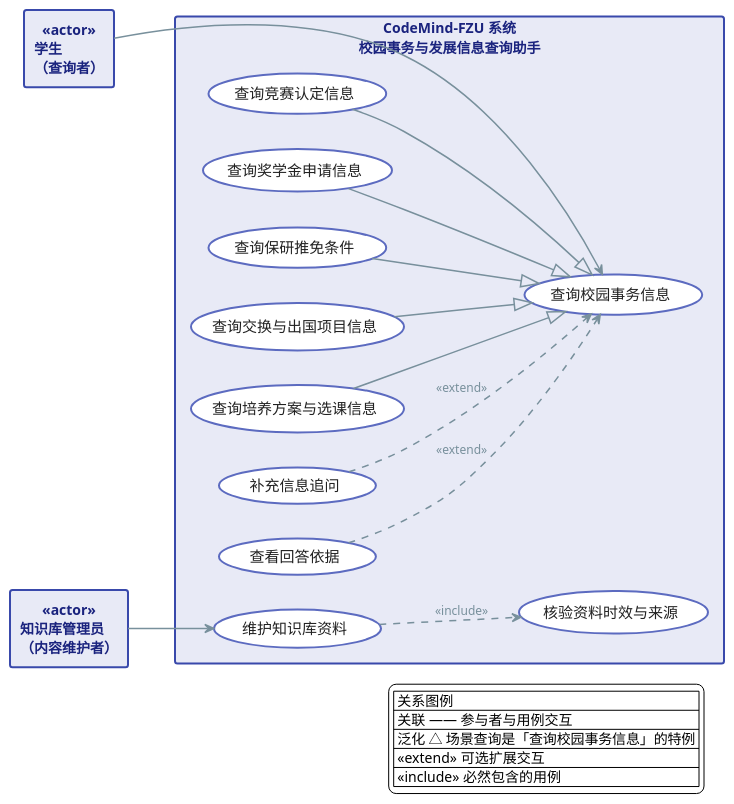
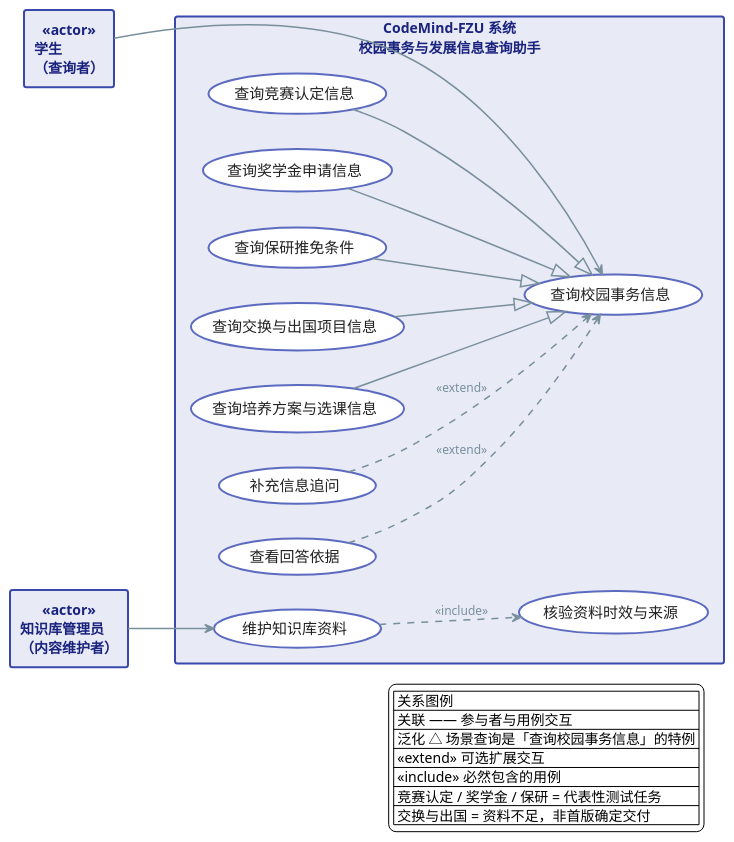
The diagram in docs/assignment-02/system-design/diagrams/uml/use-case/系统用例图_颜俊宇_v3.puml (yz-Yezi-Genm/CodeMind-FZU), drawn with PlantUML before and after one commit. The commit also changed 4 other files, not shown here.

First line of the commit message:
docs: 按审核意见修订 UML 用例设计（颜俊宇）

```diff
--- a/docs/assignment-02/system-design/diagrams/uml/use-case/系统用例图_颜俊宇_v3.puml
+++ b/docs/assignment-02/system-design/diagrams/uml/use-case/系统用例图_颜俊宇_v3.puml
@@ -1,102 +1,104 @@
 @startuml 系统用例图
 ' ============================================
 ' CodeMind-FZU 系统用例图
 ' 负责人：颜俊宇  版本：v3.0
 ' 建模原则：先定边界 → 再定参与者(角色) → 用例=用户目标 → 关系能少则少
 ' 作业要求：覆盖四大场景 + 体现补充信息/查看依据/知识库管理等交互
 ' ============================================
 
 skinparam backgroundColor #FFFFFF
 skinparam shadowing false
 skinparam defaultFontName "Microsoft YaHei"
 skinparam packageStyle rectangle
 
 skinparam package {
   BackgroundColor #F7F9FC
   BorderColor #3949AB
   BorderThickness 2
   FontColor #1A237E
   FontStyle bold
   FontSize 20
 }
 
 skinparam rectangle {
   BackgroundColor #E8EAF6
   BorderColor #3949AB
   BorderThickness 2
   FontColor #1A237E
   FontStyle bold
 }
 
 skinparam usecase {
   BackgroundColor #FFFFFF
   BorderColor #5C6BC0
   BorderThickness 2
   FontColor #212121
   FontSize 15
 }
 
 skinparam ArrowColor #78909C
 skinparam ArrowFontColor #78909C
 skinparam ArrowFontSize 12
 skinparam ArrowThickness 1.5
 
 hide empty members
 left to right direction
 
 ' ============ 参与者（角色） ============
 rectangle "学生\n（查询者）" as Student <<actor>>
 rectangle "知识库管理员\n（内容维护者）" as KbAdmin <<actor>>
 
 ' ============ 系统边界 ============
 rectangle "CodeMind-FZU 系统\n校园事务与发展信息查询助手" as System {
 
   ' ---- 抽象基用例（统一查询目标） ----
   usecase "查询校园事务信息" as UC_Query
 
-  ' ---- 四大核心场景 + 培养方案（用户目标层） ----
+  ' ---- 查询类用例（用户目标层） ----
   usecase "查询竞赛认定信息" as UC_Competition
   usecase "查询奖学金申请信息" as UC_Scholarship
   usecase "查询保研推免条件" as UC_Postgrad
   usecase "查询交换与出国项目信息" as UC_Exchange
   usecase "查询培养方案与选课信息" as UC_Curriculum
 
   ' ---- 扩展交互（作业要求体现的交互） ----
   usecase "补充信息追问" as UC_Followup
   usecase "查看回答依据" as UC_Evidence
 
   ' ---- 知识库管理员目标 ----
   usecase "维护知识库资料" as UC_KB
   usecase "核验资料时效与来源" as UC_Verify
 }
 
 ' ============ 关联 ============
 Student --> UC_Query
 KbAdmin --> UC_KB
 
 ' ============ 布局约束：学生拉到左侧 ============
 Student -[hidden]down- UC_Competition
 
 ' ============ 泛化：场景查询是「查询校园事务信息」的特例 ============
 UC_Competition --|> UC_Query
 UC_Scholarship --|> UC_Query
 UC_Postgrad --|> UC_Query
 UC_Exchange --|> UC_Query
 UC_Curriculum --|> UC_Query
 
 ' ============ extend：可选交互扩展自查询 ============
 UC_Followup ..> UC_Query : <<extend>>
 UC_Evidence ..> UC_Query : <<extend>>
 
 ' ============ include：维护必然包含核验 ============
 UC_KB ..> UC_Verify : <<include>>
 
 legend bottom right
   | 关系图例 |
   | 关联 —— 参与者与用例交互 |
   | 泛化 △ 场景查询是「查询校园事务信息」的特例 |
   | <<extend>> 可选扩展交互 |
   | <<include>> 必然包含的用例 |
+  | 竞赛认定 / 奖学金 / 保研 = 代表性测试任务 |
+  | 交换与出国 = 资料不足，非首版确定交付 |
 endlegend
 
 @enduml
```
